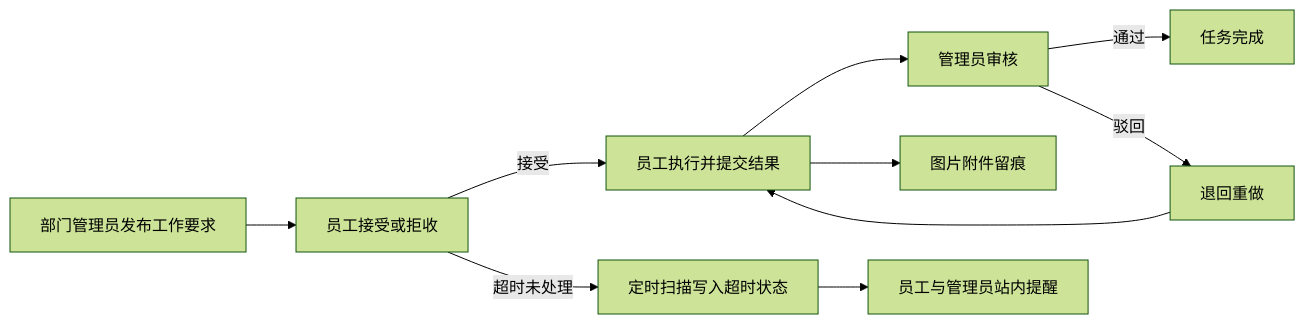
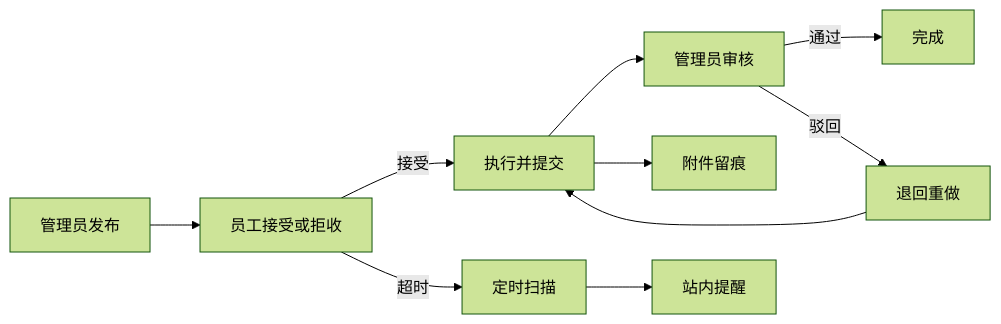
One commit to shanqiu127/Warehouse-Management-System- changed the first of 2 diagrams in README.md. Above: the diagram before and after it, drawn with Mermaid (forest theme). The commit also changed other lines of this file and 61 other files, not shown here.

````diff
--- a/README.md
+++ b/README.md
@@ -41,12 +39,12 @@
 ```mermaid
 flowchart LR
-	A[部门管理员发布工作要求] --> B[员工接受或拒收]
-	B -->|接受| C[员工执行并提交结果]
+	A[管理员发布] --> B[员工接受或拒收]
+	B -->|接受| C[执行并提交]
 	C --> D[管理员审核]
-	D -->|通过| E[任务完成]
+	D -->|通过| E[完成]
 	D -->|驳回| F[退回重做]
 	F --> C
-	C --> G[图片附件留痕]
-	B -->|超时未处理| H[定时扫描写入超时状态]
-	H --> I[员工与管理员站内提醒]
+	C --> G[附件留痕]
+	B -->|超时| H[定时扫描]
+	H --> I[站内提醒]
 ```
````
